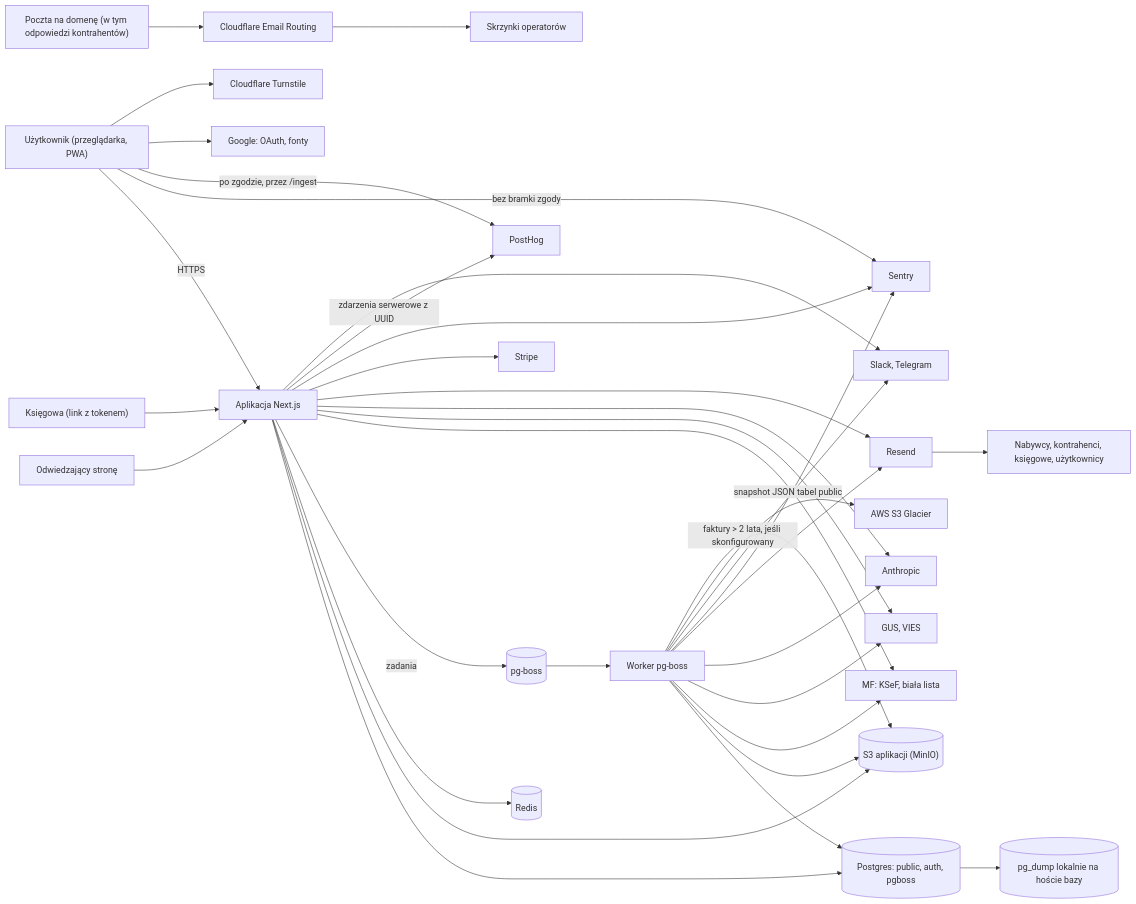
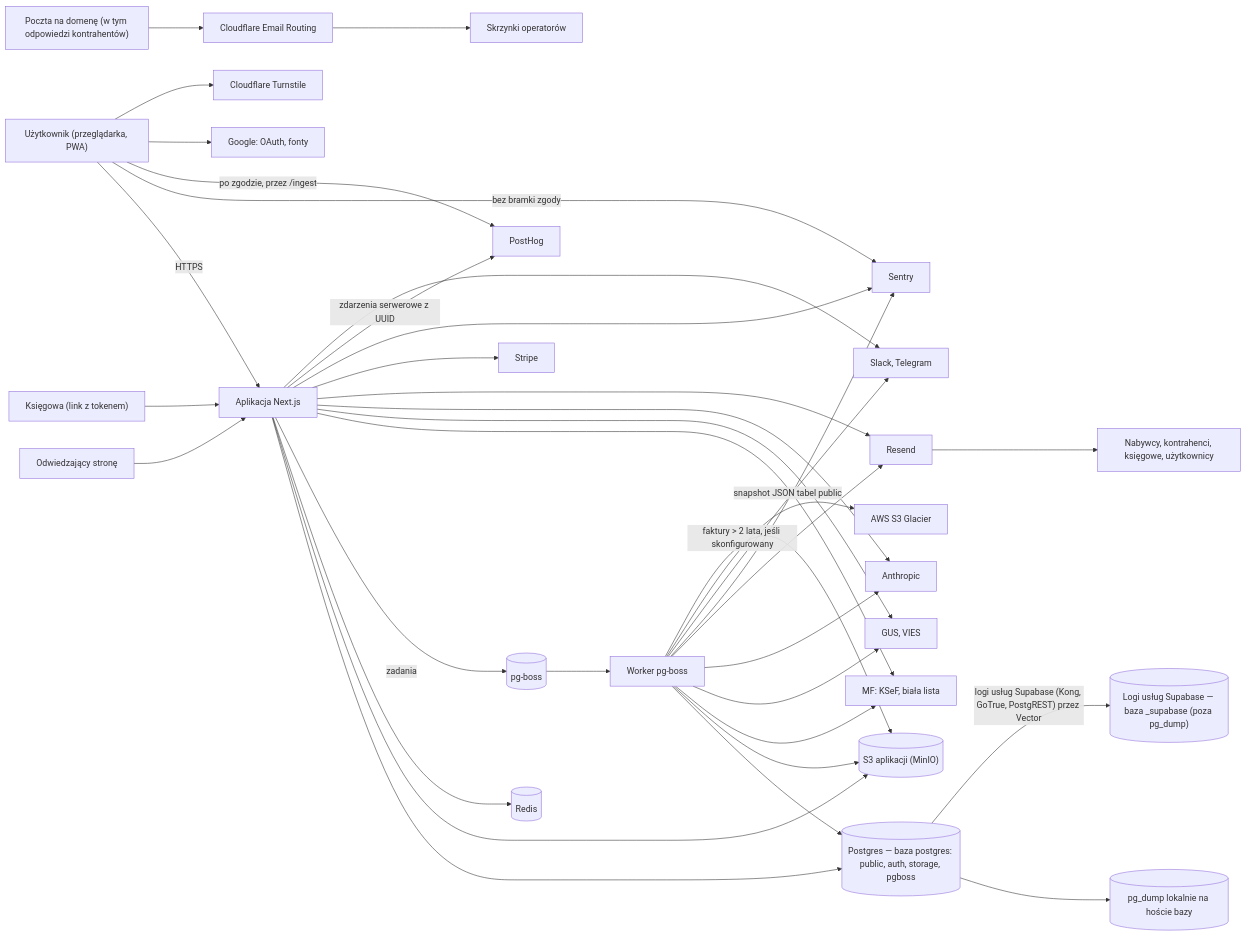
One commit to ezior8888-cpu/ksef-saas changed the first of 7 diagrams in docs/audyt/13-prywatnosc-i-zgodnosc/02-INWENTARZ-I-PRZEPLYWY.md. Above: the diagram before and after it, drawn with Mermaid. The commit also changed other lines of this file and 16 other files, not shown here.

````diff
--- a/docs/audyt/13-prywatnosc-i-zgodnosc/02-INWENTARZ-I-PRZEPLYWY.md
+++ b/docs/audyt/13-prywatnosc-i-zgodnosc/02-INWENTARZ-I-PRZEPLYWY.md
@@ -225,36 +225,37 @@
 ```mermaid
 flowchart LR
   U["Użytkownik (przeglądarka, PWA)"] -->|HTTPS| APP["Aplikacja Next.js"]
   V["Odwiedzający stronę"] --> APP
   ACC["Księgowa (link z tokenem)"] --> APP
-  APP --> DB[("Postgres: public, auth, pgboss")]
+  APP --> DB[("Postgres — baza postgres: public, auth, storage, pgboss")]
   APP --> S3[("S3 aplikacji (MinIO)")]
   APP --> RD[("Redis")]
   APP -->|zadania| PGB[("pg-boss")]
   PGB --> W["Worker pg-boss"]
   W --> DB
   W --> S3
   APP --> KSEF["MF: KSeF, biała lista"]
   W --> KSEF
   APP --> REG["GUS, VIES"]
   W --> REG
   APP --> ANT["Anthropic"]
   W --> ANT
   APP --> RES["Resend"]
   W --> RES
   RES --> REC["Nabywcy, kontrahenci, księgowe, użytkownicy"]
   APP --> STR["Stripe"]
   APP --> SEN["Sentry"]
   W --> SEN
   U -->|"bez bramki zgody"| SEN
   U -->|"po zgodzie, przez /ingest"| PH["PostHog"]
   APP -->|"zdarzenia serwerowe z UUID"| PH
   U --> GOO["Google: OAuth, fonty"]
   U --> CFT["Cloudflare Turnstile"]
   W --> ALR["Slack, Telegram"]
   APP --> ALR
   W -->|"faktury > 2 lata, jeśli skonfigurowany"| GL["AWS S3 Glacier"]
   DB --> DUMP[("pg_dump lokalnie na hoście bazy")]
   W -->|"snapshot JSON tabel public"| S3
   MAIL["Poczta na domenę (w tym odpowiedzi kontrahentów)"] --> CFE["Cloudflare Email Routing"] --> MB["Skrzynki operatorów"]
+  DB -->|"logi usług Supabase (Kong, GoTrue, PostgREST) przez Vector"| SLOG[("Logi usług Supabase — baza _supabase (poza pg_dump)")]
 ```
````
